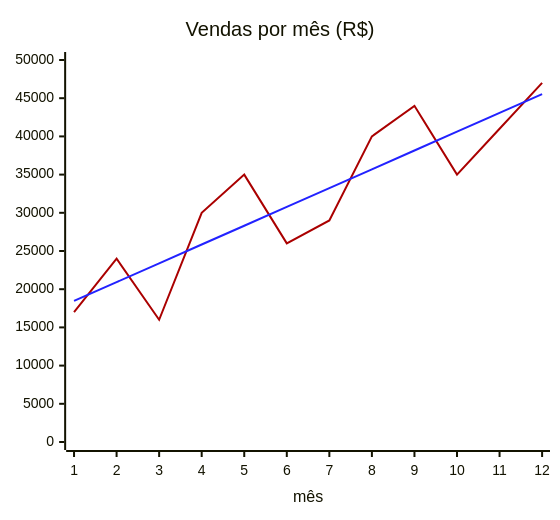
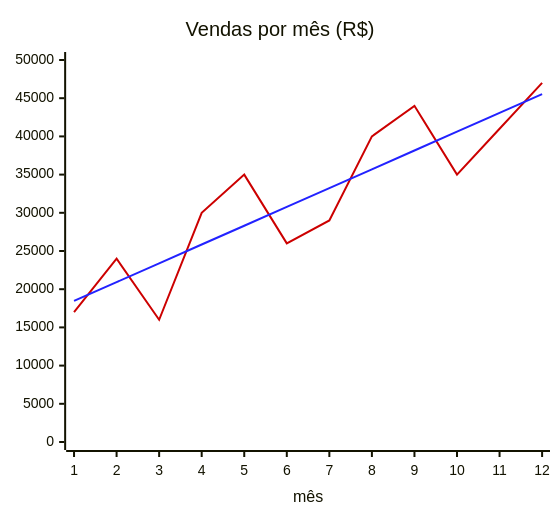
One commit to alexandrehtrb/alexandrehtrb.github.io changed the first of 3 diagrams in src/posts/2025/03/metodo-dos-minimos-quadrados-com-programacao-funcional.md. Above: the diagram before and after it, drawn with Mermaid. The commit also changed other lines of this file and 1 other file, not shown here.

````diff
--- a/src/posts/2025/03/metodo-dos-minimos-quadrados-com-programacao-funcional.md
+++ b/src/posts/2025/03/metodo-dos-minimos-quadrados-com-programacao-funcional.md
@@ -33,19 +33,19 @@
 ```mermaid
 ---
 config:
     xyChart:
         width: 540
     themeVariables:
         xyChart:
             backgroundColor: "#00000000"
-            plotColorPalette: "#A00, #22F"
+            plotColorPalette: "#C00, #22F"
 ---
 xychart-beta
     title "Vendas por mês (R$)"
     x-axis "mês" [1,2,3,4,5,6,7,8,9,10,11,12]
     y-axis 0 --> 50000
     line [17000, 24000, 16000, 30000, 35000, 26000, 29000, 40000, 44000, 35000, 41000, 47000]
 	line [18461.538, 20923.076, 23384.614, 25846.152, 28307.690, 30769.228, 33230.766, 35692.304, 38153.842, 40615.380, 43076.918, 45538.456]
 	%% =2461,538 * x + 16000
 
 ```
````
